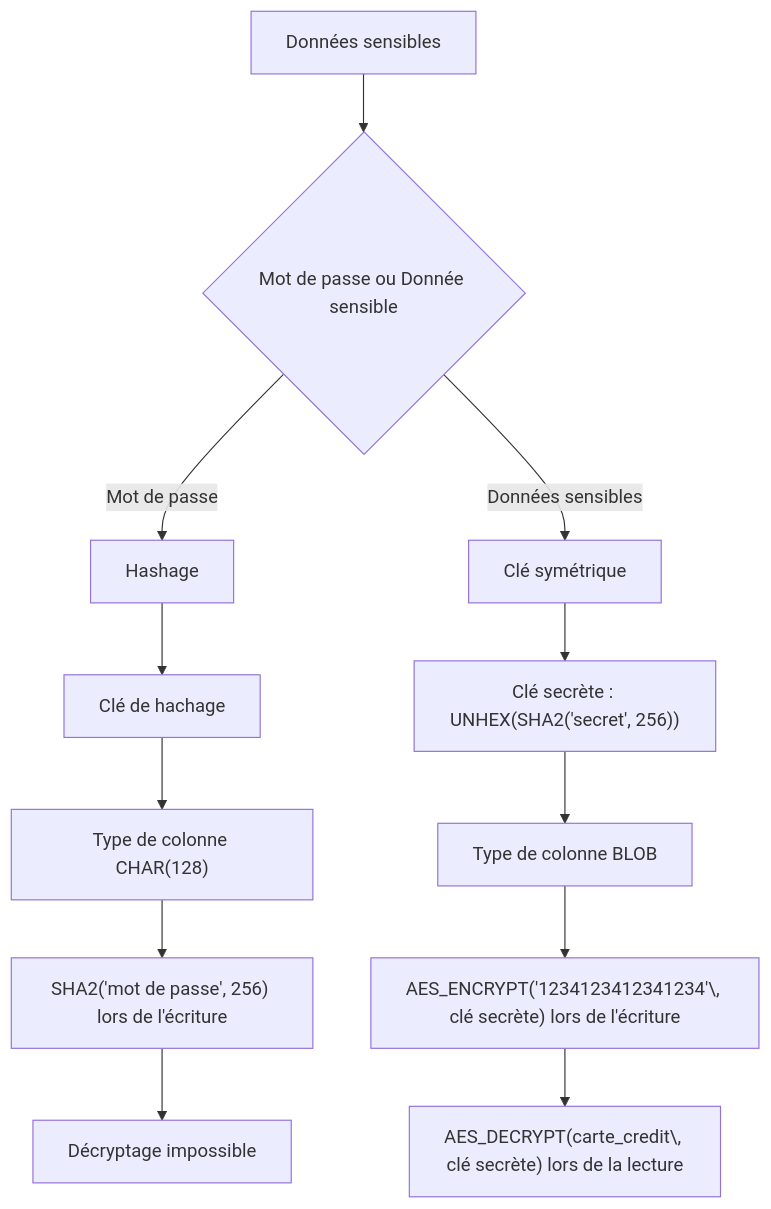
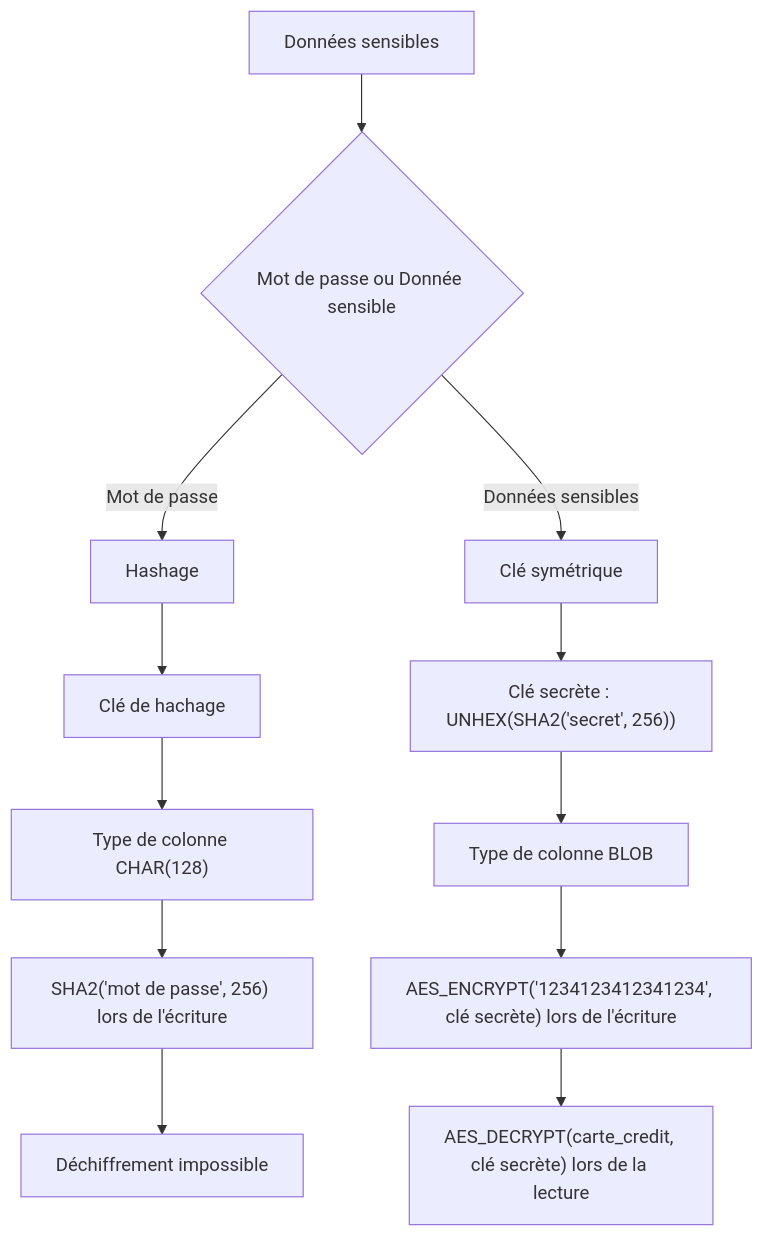
The diagram in docs/notes_de_cours/section_4.2.md (cegepvictoetienne/bd1), drawn with Mermaid before and after one commit. The commit also changed other lines of this file, not shown here.

````diff
--- a/docs/notes_de_cours/section_4.2.md
+++ b/docs/notes_de_cours/section_4.2.md
@@ -181,15 +181,15 @@
 ```mermaid
 flowchart TD
     A[Données sensibles] --> B{Mot de passe ou Donnée sensible}
     B --> |Mot de passe| C[Hashage]
     B --> |Données sensibles| D[Clé symétrique]
     D --> E[Clé secrète : UNHEX#40;SHA2#40;'secret', 256#41;#41;]
     E --> F[Type de colonne BLOB]
-    F --> G[AES_ENCRYPT#40;'1234123412341234'\, clé secrète#41; lors de l'écriture]
-    G --> H[AES_DECRYPT#40;carte_credit\, clé secrète#41; lors de la lecture]
+    F --> G[AES_ENCRYPT#40;'1234123412341234', clé secrète#41; lors de l'écriture]
+    G --> H[AES_DECRYPT#40;carte_credit, clé secrète#41; lors de la lecture]
     C --> I[Clé de hachage]
     I --> J[Type de colonne CHAR#40;128#41;]
     J --> K[SHA2#40;'mot de passe', 256#41; lors de l'écriture]
-    K --> L[Décryptage impossible]
+    K --> L[Déchiffrement impossible]
 
 ```
````
